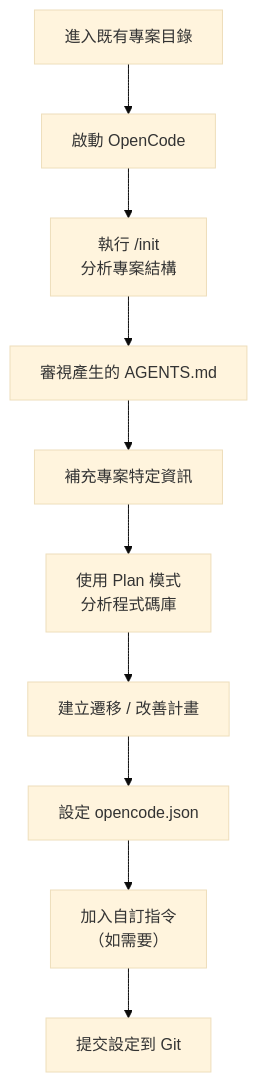
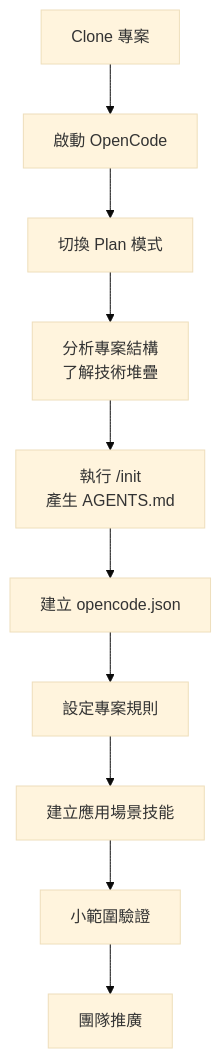
One commit to chihhung/Blog changed the tenth of 44 diagrams in content/posts/教學/AI開發/opencode生態系教學手冊.md. Above: the diagram before and after it, drawn with Mermaid (base theme). The commit also changed other lines of this file and 3 other files, not shown here.

Commit message:
新增 OpenAI Codex 生態系教學手冊、expand_doc.py，更新 Claude Code 及 opencode 教學手冊

````diff
--- a/content/posts/教學/AI開發/opencode生態系教學手冊.md
+++ b/content/posts/教學/AI開發/opencode生態系教學手冊.md
@@ -1197,12 +2011,12 @@
 ```mermaid
-flowchart TD
-    A["進入既有專案目錄"] --> B["啟動 OpenCode"]
-    B --> C["執行 /init<br/>分析專案結構"]
-    C --> D["審視產生的 AGENTS.md"]
-    D --> E["補充專案特定資訊"]
-    E --> F["使用 Plan 模式<br/>分析程式碼庫"]
-    F --> G["建立遷移 / 改善計畫"]
-    G --> H["設定 opencode.json"]
-    H --> I["加入自訂指令<br/>（如需要）"]
-    I --> J["提交設定到 Git"]
+graph TB
+    A["Clone 專案"] --> B["啟動 OpenCode"]
+    B --> C["切換 Plan 模式"]
+    C --> D["分析專案結構<br/>了解技術堆疊"]
+    D --> E["執行 /init<br/>產生 AGENTS.md"]
+    E --> F["建立 opencode.json"]
+    F --> G["設定專案規則"]
+    G --> H["建立應用場景技能"]
+    H --> I["小範圍驗證"]
+    I --> J["團隊推廣"]
 ```
````
